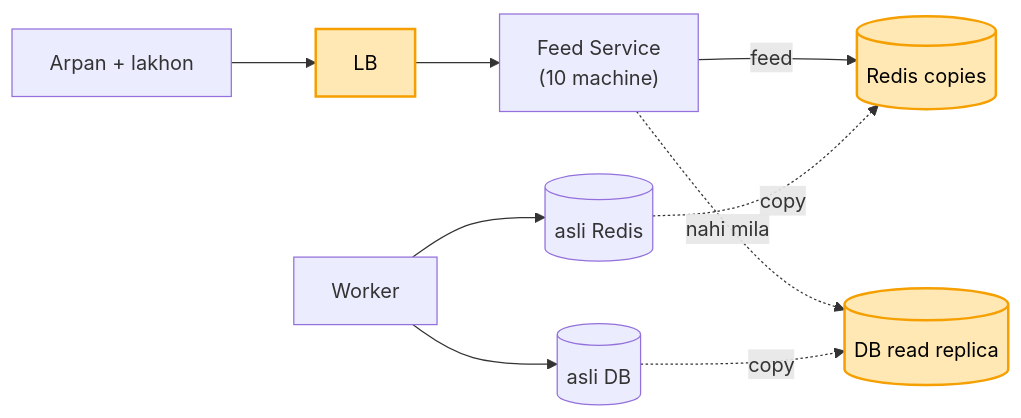
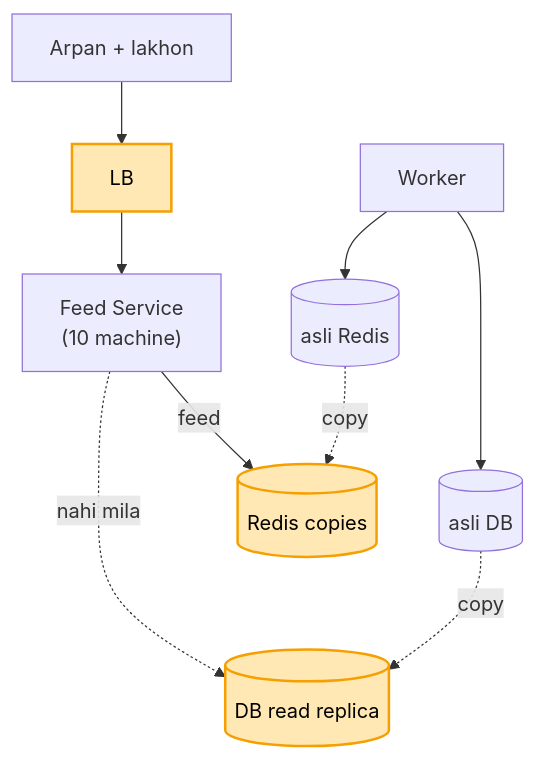
Before and after one commit to ArpanMaheshwari144/Prep: the sixth of 6 diagrams in 04_HLD/SYSTEM_DESIGNS/08_news_aggregator/08_news_aggregator.md, drawn with Mermaid.

Commit message:
news kadam 6: diagram upar-neeche (lines cross nahi)

````diff
--- a/04_HLD/SYSTEM_DESIGNS/08_news_aggregator/08_news_aggregator.md
+++ b/04_HLD/SYSTEM_DESIGNS/08_news_aggregator/08_news_aggregator.md
@@ -252,14 +252,15 @@
 ```mermaid
-flowchart LR
+flowchart TB
     A["Arpan + lakhon"] --> LB["LB"]
     LB --> FS["Feed Service<br/>(10 machine)"]
     FS -- "feed" --> RC[("Redis copies")]
     FS -. "nahi mila" .-> DR[("DB read replica")]
+    RC ~~~ DR
     W["Worker"] --> R[("asli Redis")]
     W --> D[("asli DB")]
     R -. "copy" .-> RC
     D -. "copy" .-> DR
     style LB fill:#ffe8b3,stroke:#f59f00,stroke-width:2px,color:#000
     style RC fill:#ffe8b3,stroke:#f59f00,stroke-width:2px,color:#000
     style DR fill:#ffe8b3,stroke:#f59f00,stroke-width:2px,color:#000
 ```
````
